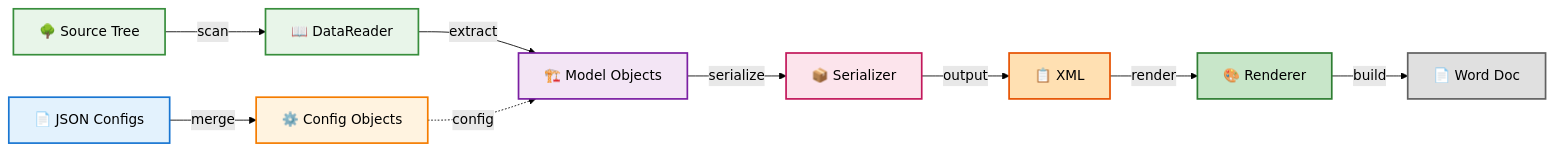
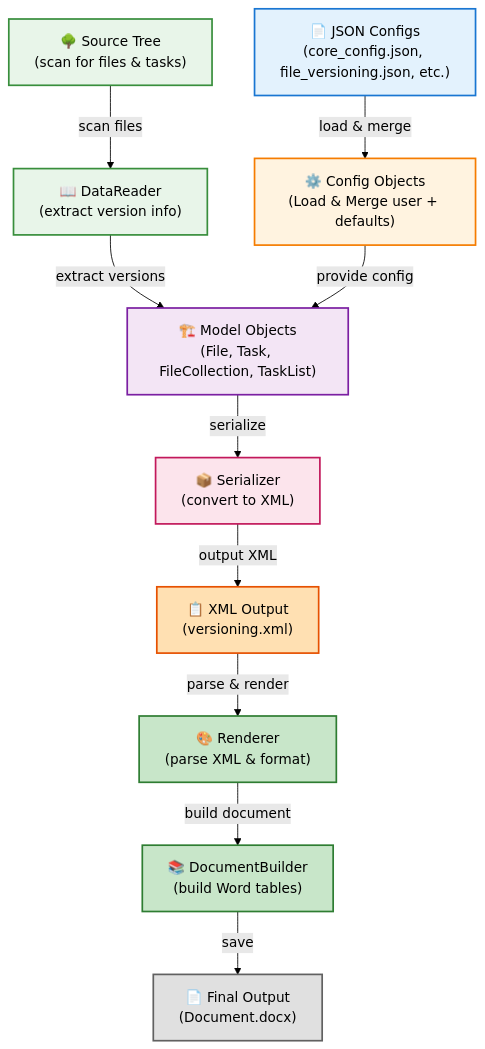
Before and after one commit to claudiopisa/VDD-A: the diagram in README.md, drawn with Mermaid (forest theme). The commit also changed other lines of this file, not shown here.

````diff
--- a/README.md
+++ b/README.md
@@ -161,31 +163,42 @@
 ```mermaid
-graph LR
-    A["📄 JSON Configs"]
-    B["⚙️ Config Objects"]
-    C["🌳 Source Tree"]
-    D["📖 DataReader"]
-    E["🏗️ Model Objects"]
-    F["📦 Serializer"]
-    G["📋 XML"]
-    H["🎨 Renderer"]
-    I["📄 Word Doc"]
+flowchart TD
+    A["📄 JSON Configs<br/>(core_config.json, file_versioning.json, etc.)"]
     
-    A -->|merge| B
-    C -->|scan| D
-    D -->|extract| E
-    E -->|serialize| F
-    F -->|output| G
-    G -->|render| H
-    H -->|build| I
-    B -.->|config| E
+    B["⚙️ Config Objects<br/>(Load & Merge user + defaults)"]
+    
+    C1["🌳 Source Tree<br/>(scan for files & tasks)"]
+    C2["📖 DataReader<br/>(extract version info)"]
+    
+    D["🏗️ Model Objects<br/>(File, Task, FileCollection, TaskList)"]
+    
+    E["📦 Serializer<br/>(convert to XML)"]
+    
+    F["📋 XML Output<br/>(versioning.xml)"]
+    
+    G["🎨 Renderer<br/>(parse XML & format)"]
+    
+    H["📚 DocumentBuilder<br/>(build Word tables)"]
+    
+    I["📄 Final Output<br/>(Document.docx)"]
+    
+    A -->|load & merge| B
+    C1 -->|scan files| C2
+    C2 -->|extract versions| D
+    B -->|provide config| D
+    D -->|serialize| E
+    E -->|output XML| F
+    F -->|parse & render| G
+    G -->|build document| H
+    H -->|save| I
     
     style A fill:#e3f2fd,stroke:#1976d2,stroke-width:2px
     style B fill:#fff3e0,stroke:#f57c00,stroke-width:2px
-    style C fill:#e8f5e9,stroke:#388e3c,stroke-width:2px
-    style D fill:#e8f5e9,stroke:#388e3c,stroke-width:2px
-    style E fill:#f3e5f5,stroke:#7b1fa2,stroke-width:2px
-    style F fill:#fce4ec,stroke:#c2185b,stroke-width:2px
-    style G fill:#ffe0b2,stroke:#e65100,stroke-width:2px
+    style C1 fill:#e8f5e9,stroke:#388e3c,stroke-width:2px
+    style C2 fill:#e8f5e9,stroke:#388e3c,stroke-width:2px
+    style D fill:#f3e5f5,stroke:#7b1fa2,stroke-width:2px
+    style E fill:#fce4ec,stroke:#c2185b,stroke-width:2px
+    style F fill:#ffe0b2,stroke:#e65100,stroke-width:2px
+    style G fill:#c8e6c9,stroke:#2e7d32,stroke-width:2px
     style H fill:#c8e6c9,stroke:#2e7d32,stroke-width:2px
     style I fill:#e0e0e0,stroke:#616161,stroke-width:2px
 ```
````
